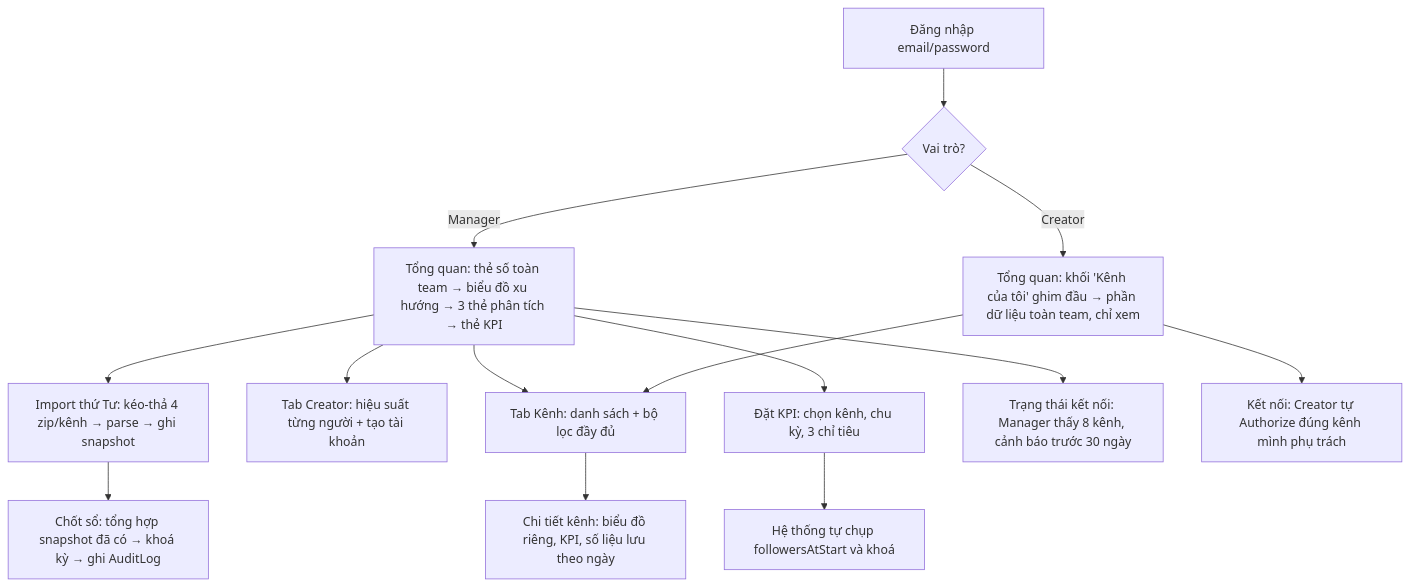
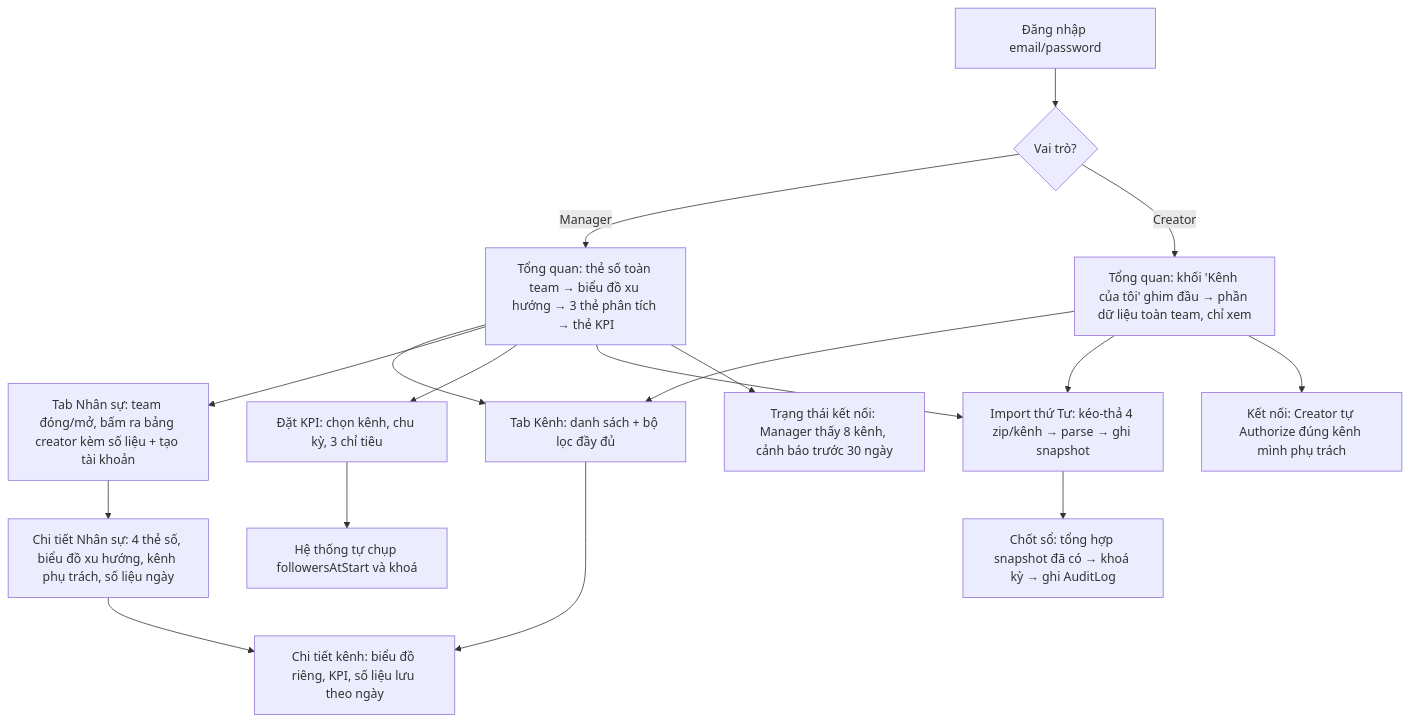
Before and after one commit to duytienitptit/ahd-dashboard: the diagram in docs/USER_FLOW.md, drawn with Mermaid. The commit also changed other lines of this file and 59 other files, not shown here.

First line of the commit message:
feat: sửa dữ liệu, thiết kế lại UI, thêm Team và trang Nhân sự

````diff
--- a/docs/USER_FLOW.md
+++ b/docs/USER_FLOW.md
@@ -7,19 +7,22 @@
 ```mermaid
 flowchart TD
     A[Đăng nhập email/password] --> B{Vai trò?}
 
     B -- Manager --> M1[Tổng quan: thẻ số toàn team → biểu đồ xu hướng → 3 thẻ phân tích → thẻ KPI]
     B -- Creator --> C1[Tổng quan: khối 'Kênh của tôi' ghim đầu → phần dữ liệu toàn team, chỉ xem]
 
     M1 --> M2[Tab Kênh: danh sách + bộ lọc đầy đủ]
     C1 --> M2
     M2 --> M3[Chi tiết kênh: biểu đồ riêng, KPI, số liệu lưu theo ngày]
 
-    M1 --> M4[Tab Creator: hiệu suất từng người + tạo tài khoản]
+    M1 --> M4[Tab Nhân sự: team đóng/mở, bấm ra bảng creator kèm số liệu + tạo tài khoản]
+    M4 --> M4a[Chi tiết Nhân sự: 4 thẻ số, biểu đồ xu hướng, kênh phụ trách, số liệu ngày]
+    M4a --> M3
     M1 --> M5[Đặt KPI: chọn kênh, chu kỳ, 3 chỉ tiêu]
     M5 --> M6[Hệ thống tự chụp followersAtStart và khoá]
     M1 --> I1[Import thứ Tư: kéo-thả 4 zip/kênh → parse → ghi snapshot]
+    C1 --> I1
     I1 --> M7[Chốt sổ: tổng hợp snapshot đã có → khoá kỳ → ghi AuditLog]
     M1 --> T1[Trạng thái kết nối: Manager thấy 8 kênh, cảnh báo trước 30 ngày]
     C1 --> T2[Kết nối: Creator tự Authorize đúng kênh mình phụ trách]
 ```
````
